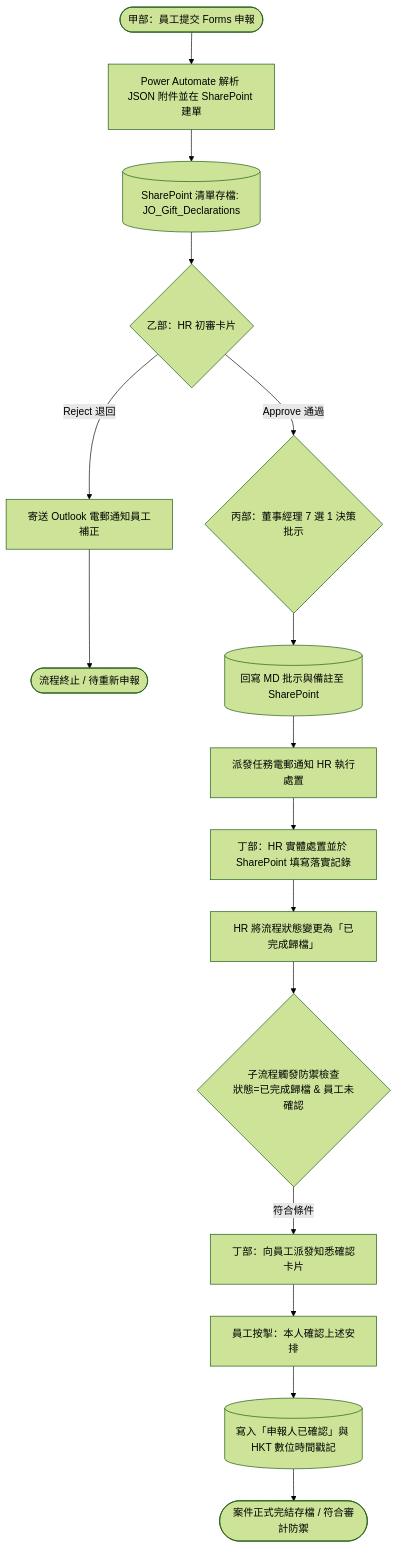
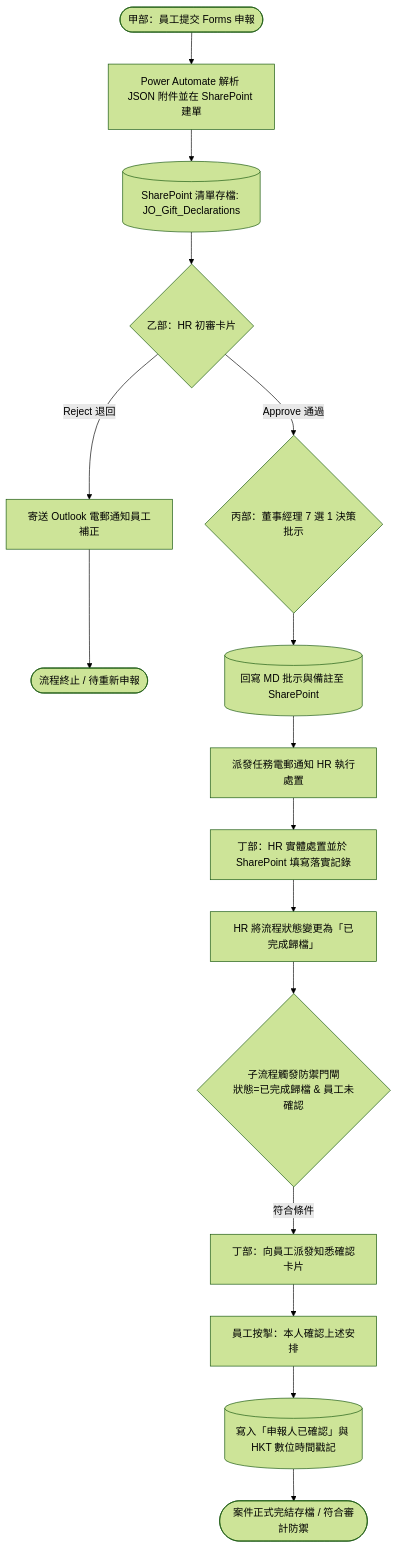
One commit to jackylawck/JO-DOIS changed the diagram in README.md. Above: the diagram before and after it, drawn with Mermaid (forest theme). The commit also changed other lines of this file, not shown here.

````diff
--- a/README.md
+++ b/README.md
@@ -27,21 +27,21 @@
 ```mermaid
 flowchart TD
     A([甲部：員工提交 Forms 申報]) --> B[Power Automate 解析 JSON 附件並在 SharePoint 建單]
     B --> C[(SharePoint 清單存檔: JO_Gift_Declarations)]
     C --> D{乙部：HR 初審卡片}
     
     D -- Reject 退回 --> D1[寄送 Outlook 電郵通知員工補正] --> D2([流程終止 / 待重新申報])
     D -- Approve 通過 --> E{丙部：董事經理 7 選 1 決策批示}
     
     E --> F[(回寫 MD 批示與備註至 SharePoint)]
     F --> G[派發任務電郵通知 HR 執行處置]
     G --> H[丁部：HR 實體處置並於 SharePoint 填寫落實記錄]
     H --> I[HR 將流程狀態變更為「已完成歸檔」]
     
-    I --> J{子流程觸發防禦檢查<br/>狀態=已完成歸檔 & 員工未確認}
+    I --> J{子流程觸發防禦門閘<br/>狀態=已完成歸檔 & 員工未確認}
     J -- 符合條件 --> K[丁部：向員工派發知悉確認卡片]
     K --> L[員工按掣：本人確認上述安排]
     L --> M[(寫入「申報人已確認」與 HKT 數位時間戳記)]
     M --> N([案件正式完結存檔 / 符合審計防禦])
 
 ```
````
